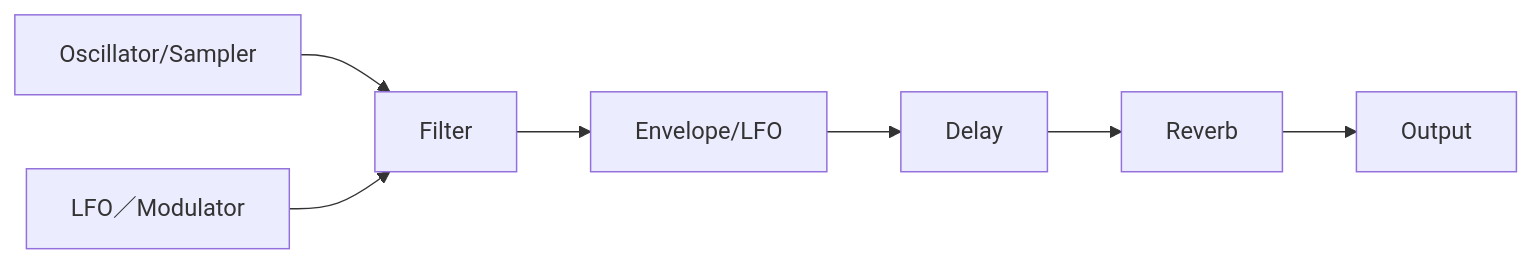
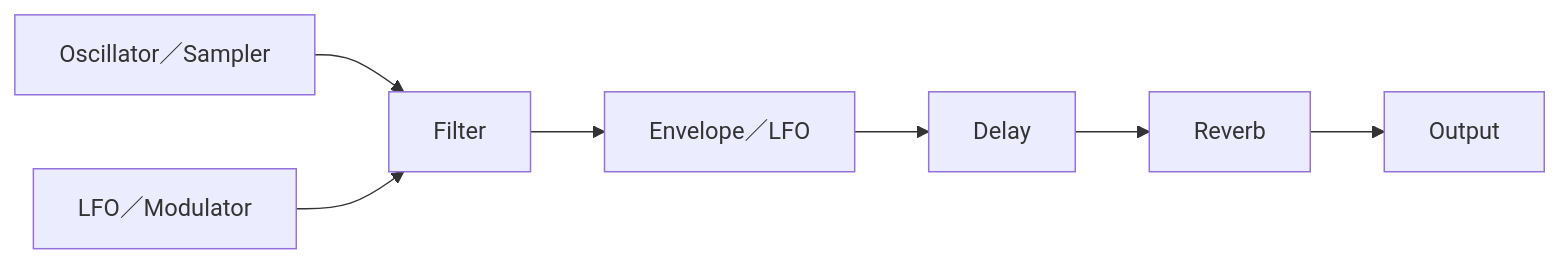
One commit to monumental-movement/monumental-movement.github.io changed the diagram in en/_posts/2025-10-31-column-jeskola-buzz.md. Above: the diagram before and after it, drawn with Mermaid. The commit also changed other lines of this file and 1701 other files, not shown here.

```diff
--- a/en/_posts/2025-10-31-column-jeskola-buzz.md
+++ b/en/_posts/2025-10-31-column-jeskola-buzz.md
@@ -267,11 +264,11 @@
 <div class="mermaid">
 
 flowchart LR
-A[Oscillator/Sampler] --> B[Filter]
-B --> C[Envelope/LFO]
-C --> D[Delay]
-D --> E[Reverb]
-E --> F[Output]
-G[LFO／Modulator] --> B
+    A[Oscillator／Sampler] --> B[Filter]
+    B --> C[Envelope／LFO]
+    C --> D[Delay]
+    D --> E[Reverb]
+    E --> F[Output]
+    G[LFO／Modulator] --> B
 
 </div>
```
